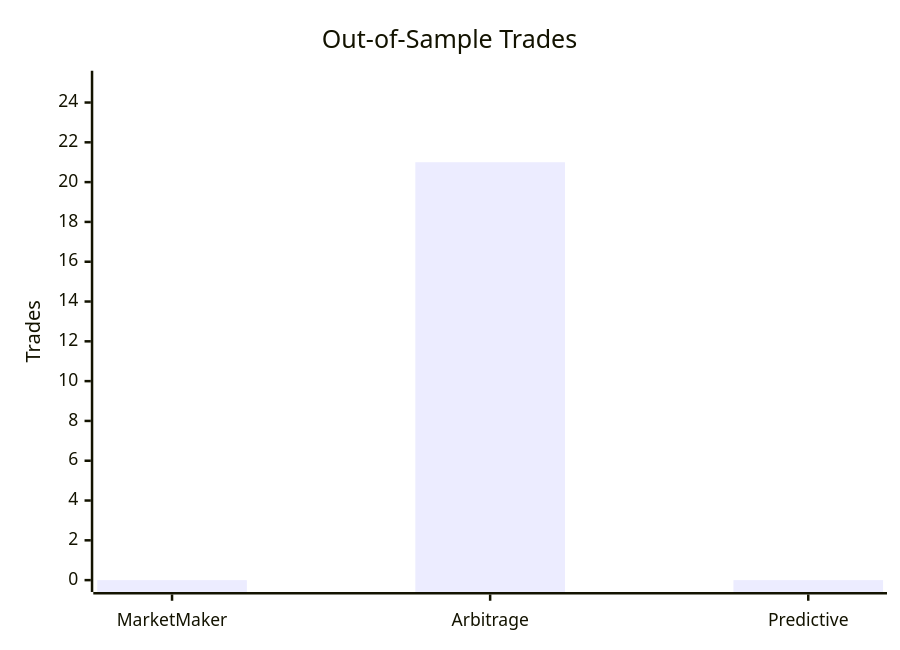
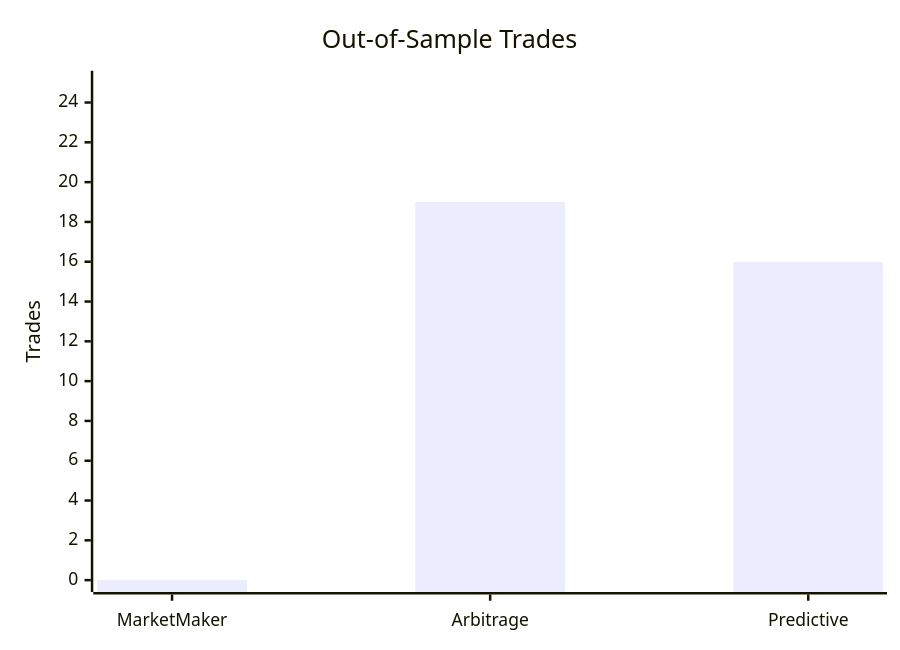
Before and after one commit to shawalkhan1/Quant_Task: the second of 3 diagrams in PROJECT_REPORT.md, drawn with Mermaid. The commit also changed other lines of this file and 27 other files, not shown here.

````diff
--- a/PROJECT_REPORT.md
+++ b/PROJECT_REPORT.md
@@ -74,7 +76,7 @@
 ```mermaid
 xychart-beta
 	title "Out-of-Sample Trades"
 	x-axis [MarketMaker, Arbitrage, Predictive]
 	y-axis "Trades" 0 --> 25
-	bar [0, 21, 0]
+	bar [0, 19, 16]
 ```
````
